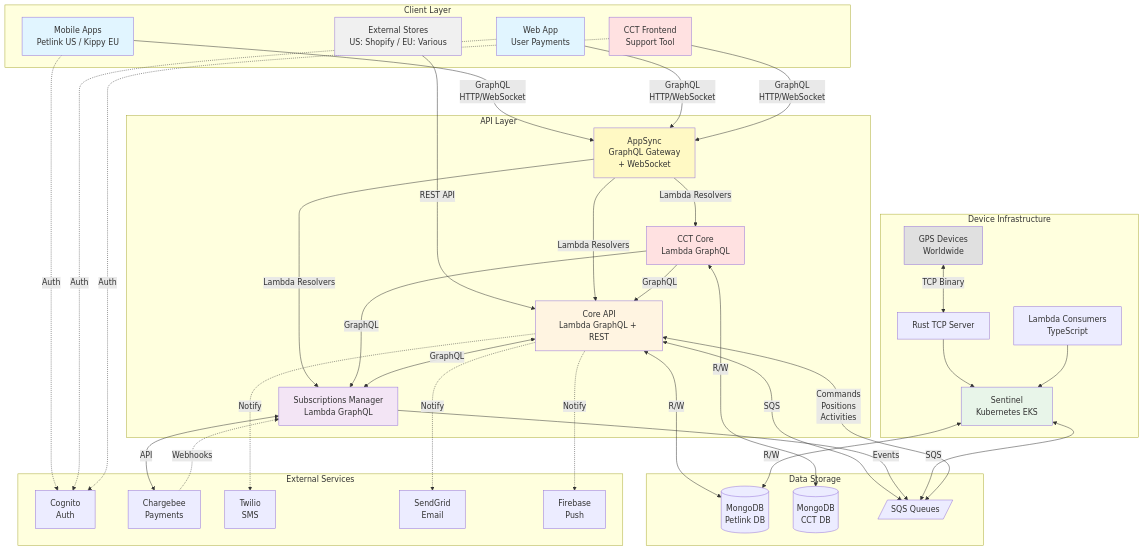
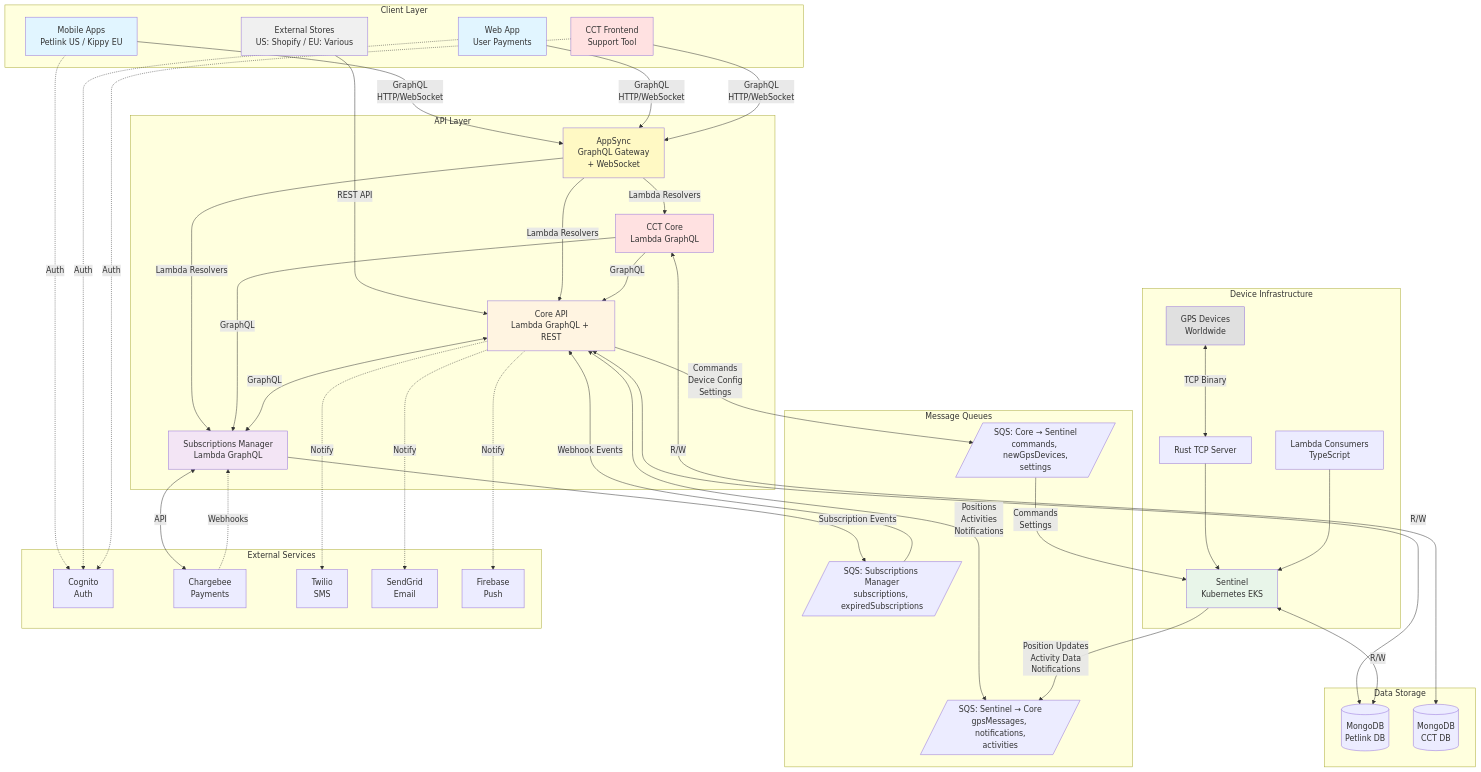
Before and after one commit to DatamarsSA/petlink-everywhere-test: the first of 6 diagrams in docs/petlink-infrastructure.md, drawn with Mermaid. The commit also changed other lines of this file, not shown here.

```diff
--- a/docs/petlink-infrastructure.md
+++ b/docs/petlink-infrastructure.md
@@ -49,7 +49,12 @@
     subgraph "Data Storage"
         MongoDB[(MongoDB<br/>Petlink DB)]
         CCTMongo[(MongoDB<br/>CCT DB)]
-        SQS[/SQS Queues/]
+    end
+
+    subgraph "Message Queues"
+        SQSSentinelToCore[/SQS: Sentinel → Core<br/>gpsMessages, notifications,<br/>activities/]
+        SQSCoreToSentinel[/SQS: Core → Sentinel<br/>commands, newGpsDevices,<br/>settings/]
+        SQSSubsMgr[/SQS: Subscriptions Manager<br/>subscriptions, expiredSubscriptions/]
     end
 
     subgraph "External Services"
@@ -79,19 +84,21 @@
     %% Core connections
     Core <-->|R/W| MongoDB
     Core <-->|GraphQL| SubsMgr
-    Core <-->|SQS| SQS
+    Core -->|Commands<br/>Device Config<br/>Settings| SQSCoreToSentinel
+    Core <-->|Positions<br/>Activities<br/>Notifications| SQSSentinelToCore
 
     %% Subscriptions
     SubsMgr <-->|API| Chargebee
     Chargebee -.->|Webhooks| SubsMgr
-    SubsMgr -->|Events| SQS
+    SubsMgr -->|Subscription Events| SQSSubsMgr
+    SQSSubsMgr -->|Webhook Events| Core
 
     %% Device infrastructure
     Devices <-->|TCP Binary| SentinelRust
     SentinelRust --> Sentinel
     SentinelLambda --> Sentinel
-    Sentinel <-->|SQS| SQS
-    SQS <-->|Commands<br/>Positions<br/>Activities| Core
+    Sentinel -->|Position Updates<br/>Activity Data<br/>Notifications| SQSSentinelToCore
+    SQSCoreToSentinel -->|Commands<br/>Settings| Sentinel
     Sentinel <-->|R/W| MongoDB
 
     %% External services
```
